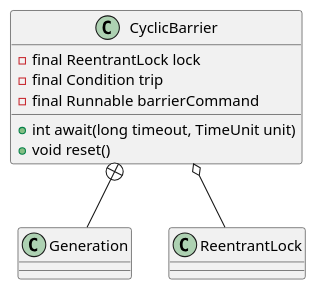
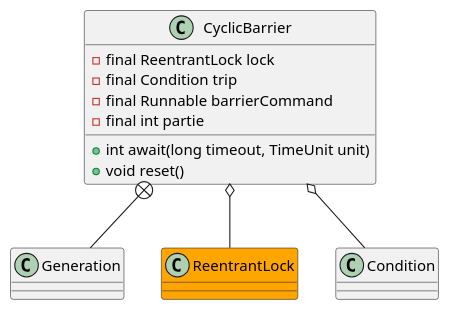
Before and after one commit to onlyonion/development: the diagram in docs/10-java/src/rt.jar.src/java/util/concurrent/tool.CyclicBarrier.md, drawn with PlantUML. The commit also changed other lines of this file and 173 other files, not shown here.

````diff
--- a/docs/10-java/src/rt.jar.src/java/util/concurrent/tool.CyclicBarrier.md
+++ b/docs/10-java/src/rt.jar.src/java/util/concurrent/tool.CyclicBarrier.md
@@ -8,18 +10,21 @@
 ```plantuml
 @startuml
 
 class CyclicBarrier {
     - final ReentrantLock lock
     - final Condition trip
     - final Runnable barrierCommand
+    - final int partie
     + int await(long timeout, TimeUnit unit)
     + void reset()
 }
 
 CyclicBarrier +-- Generation
 class Generation 
 
+class ReentrantLock #orange
 CyclicBarrier o-- ReentrantLock
+CyclicBarrier o-- Condition
 
 @enduml
 ```
````
